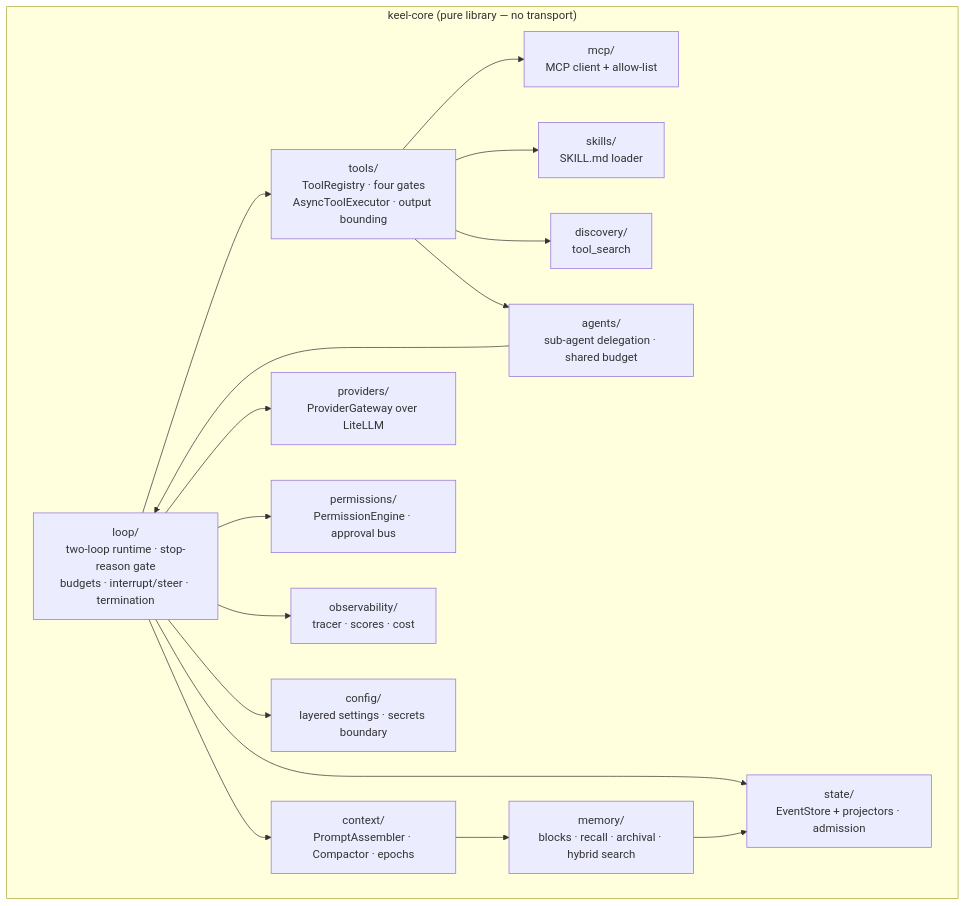
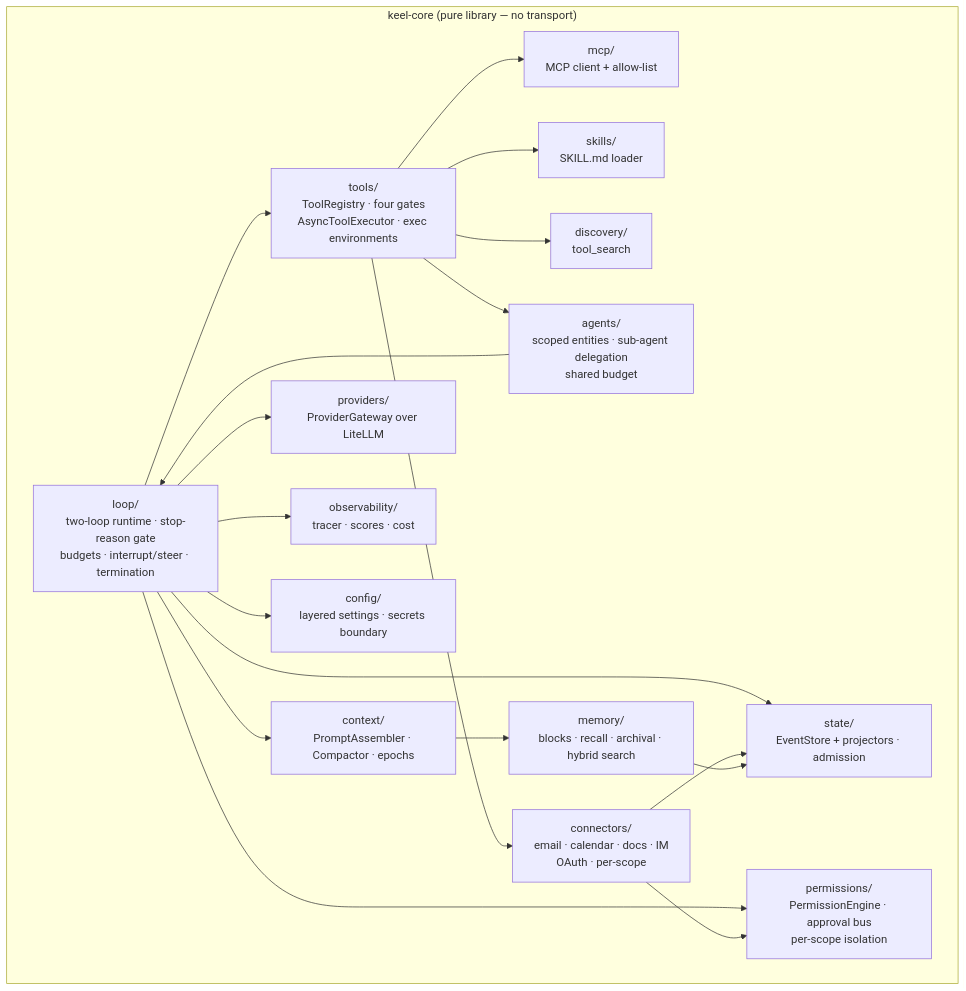
Before and after one commit to seudazhong/keel: the diagram in docs/diagrams/03-core-components.md, drawn with Mermaid. The commit also changed other lines of this file and 7 other files, not shown here.

First line of the commit message:
docs(diagrams): refresh for connector/scoped-agent model (ADR-0009)

````diff
--- a/docs/diagrams/03-core-components.md
+++ b/docs/diagrams/03-core-components.md
@@ -5,33 +5,37 @@
 ```mermaid
 flowchart TB
     subgraph core["keel-core (pure library — no transport)"]
         loop["loop/<br/>two-loop runtime · stop-reason gate<br/>budgets · interrupt/steer · termination"]
         ctx["context/<br/>PromptAssembler · Compactor · epochs"]
-        tools["tools/<br/>ToolRegistry · four gates<br/>AsyncToolExecutor · output bounding"]
+        tools["tools/<br/>ToolRegistry · four gates<br/>AsyncToolExecutor · exec environments"]
+        conn["connectors/<br/>email · calendar · docs · IM<br/>OAuth · per-scope"]
         prov["providers/<br/>ProviderGateway over LiteLLM"]
         mem["memory/<br/>blocks · recall · archival · hybrid search"]
         state["state/<br/>EventStore + projectors · admission"]
-        agents["agents/<br/>sub-agent delegation · shared budget"]
+        agents["agents/<br/>scoped entities · sub-agent delegation<br/>shared budget"]
         skills["skills/<br/>SKILL.md loader"]
         mcp["mcp/<br/>MCP client + allow-list"]
         disc["discovery/<br/>tool_search"]
-        perm["permissions/<br/>PermissionEngine · approval bus"]
+        perm["permissions/<br/>PermissionEngine · approval bus<br/>per-scope isolation"]
         obs["observability/<br/>tracer · scores · cost"]
         cfg["config/<br/>layered settings · secrets boundary"]
     end
 
     loop --> ctx
     loop --> tools
     loop --> prov
     loop --> state
     loop --> perm
     loop --> obs
     loop --> cfg
     tools --> mcp
     tools --> skills
     tools --> disc
     tools --> agents
+    tools --> conn
+    conn --> perm
+    conn --> state
     ctx --> mem
     mem --> state
     agents --> loop
 ```
````
